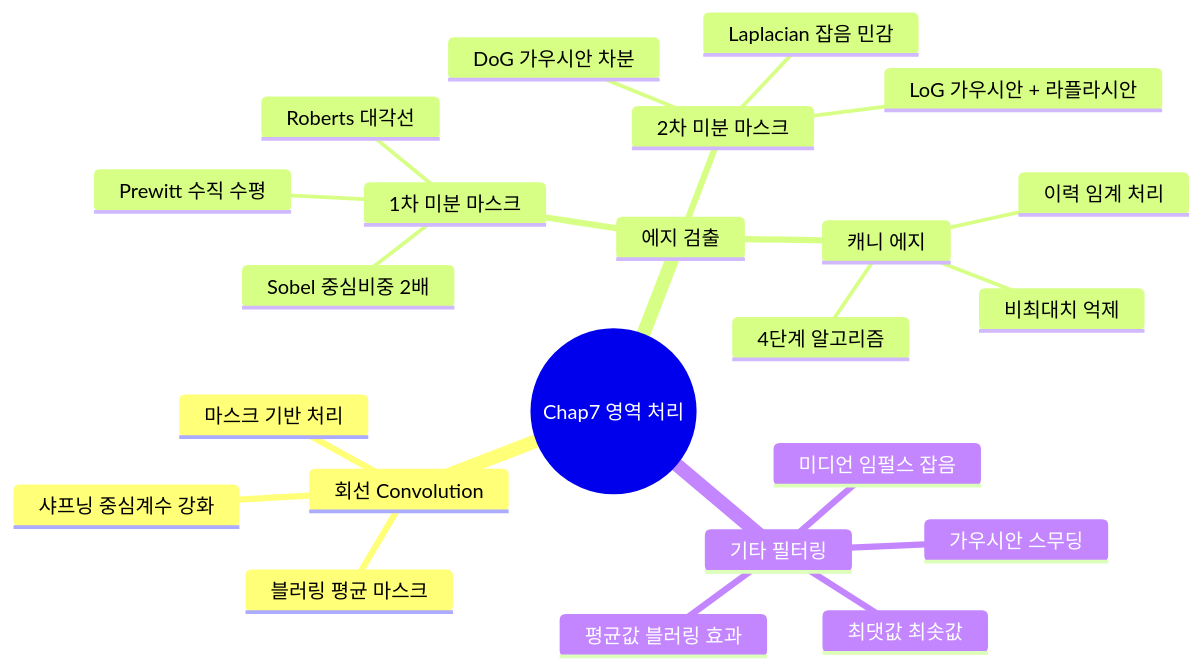
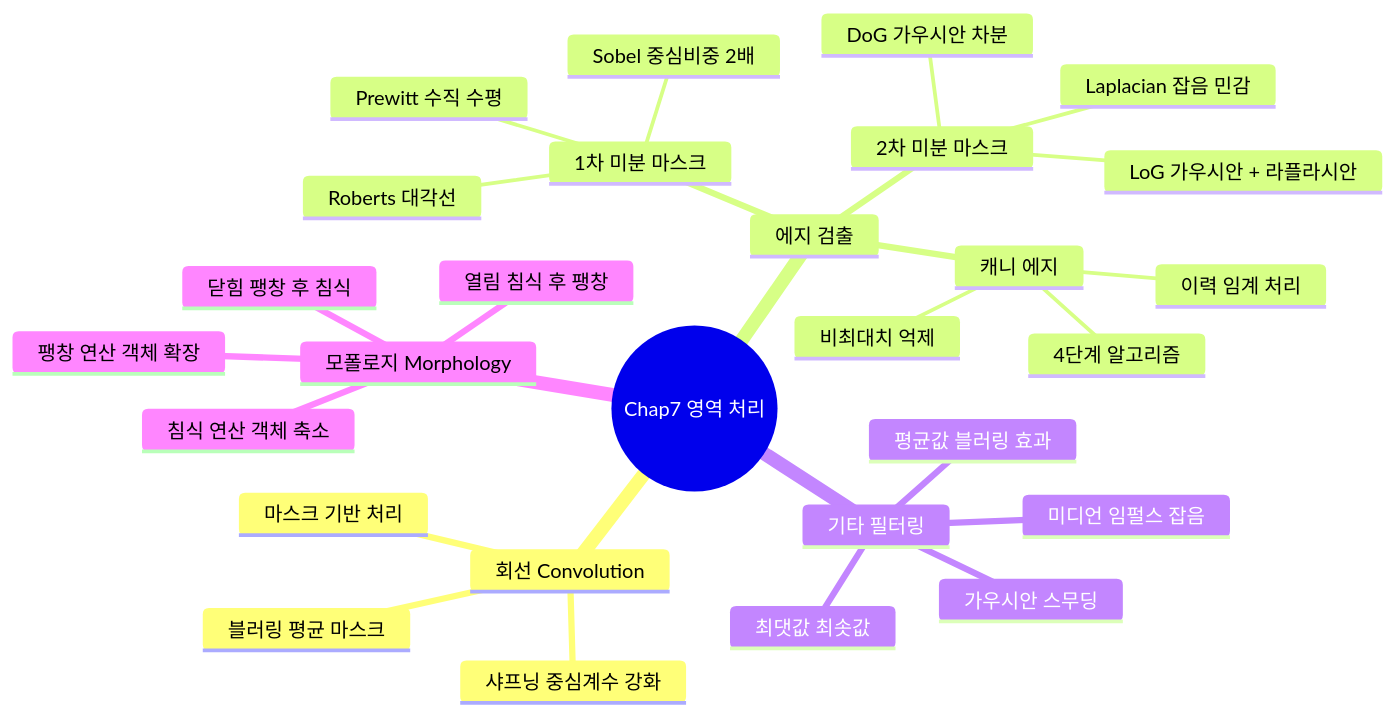
One commit to Santiago-kwp/my-til-blog changed the diagram in opencv-python-learn/Chap7-Processing-domain/README.md. Above: the diagram before and after it, drawn with Mermaid. The commit also changed other lines of this file and 10 other files, not shown here.

````diff
--- a/opencv-python-learn/Chap7-Processing-domain/README.md
+++ b/opencv-python-learn/Chap7-Processing-domain/README.md
@@ -37,26 +41,31 @@
 ```mermaid
 mindmap
   root((Chap7 영역 처리))
     회선 Convolution
       마스크 기반 처리
       블러링 평균 마스크
       샤프닝 중심계수 강화
     에지 검출
       1차 미분 마스크
         Roberts 대각선
         Prewitt 수직 수평
         Sobel 중심비중 2배
       2차 미분 마스크
         Laplacian 잡음 민감
         LoG 가우시안 + 라플라시안
         DoG 가우시안 차분
       캐니 에지
         4단계 알고리즘
         비최대치 억제
         이력 임계 처리
     기타 필터링
       최댓값 최솟값
       평균값 블러링 효과
       미디언 임펄스 잡음
       가우시안 스무딩
+    모폴로지 Morphology
+      침식 연산 객체 축소
+      팽창 연산 객체 확장
+      열림 침식 후 팽창
+      닫힘 팽창 후 침식
 ```
````
